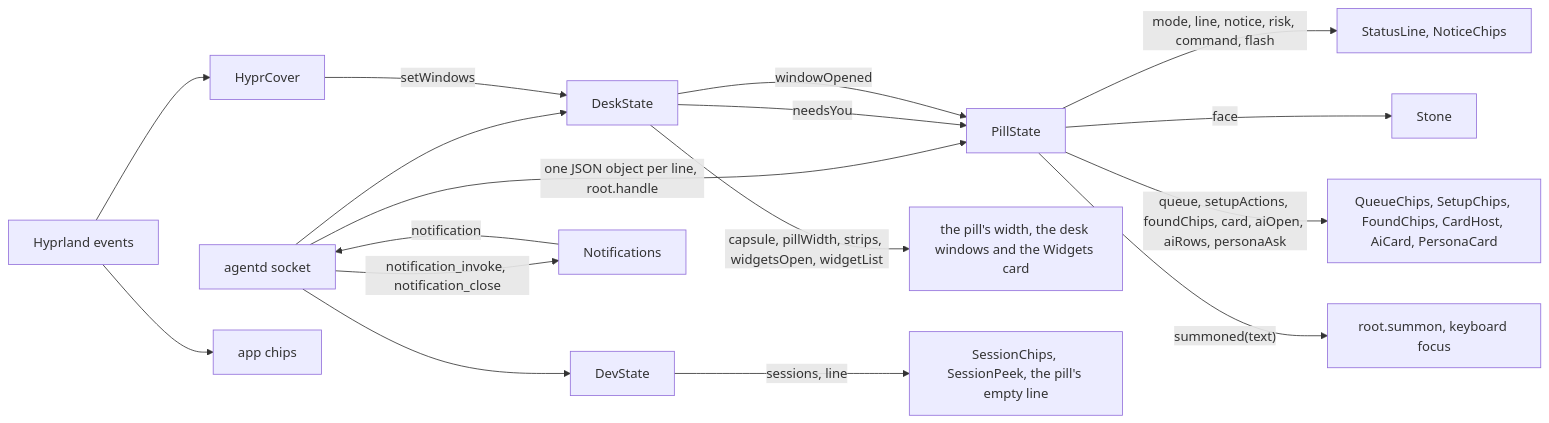
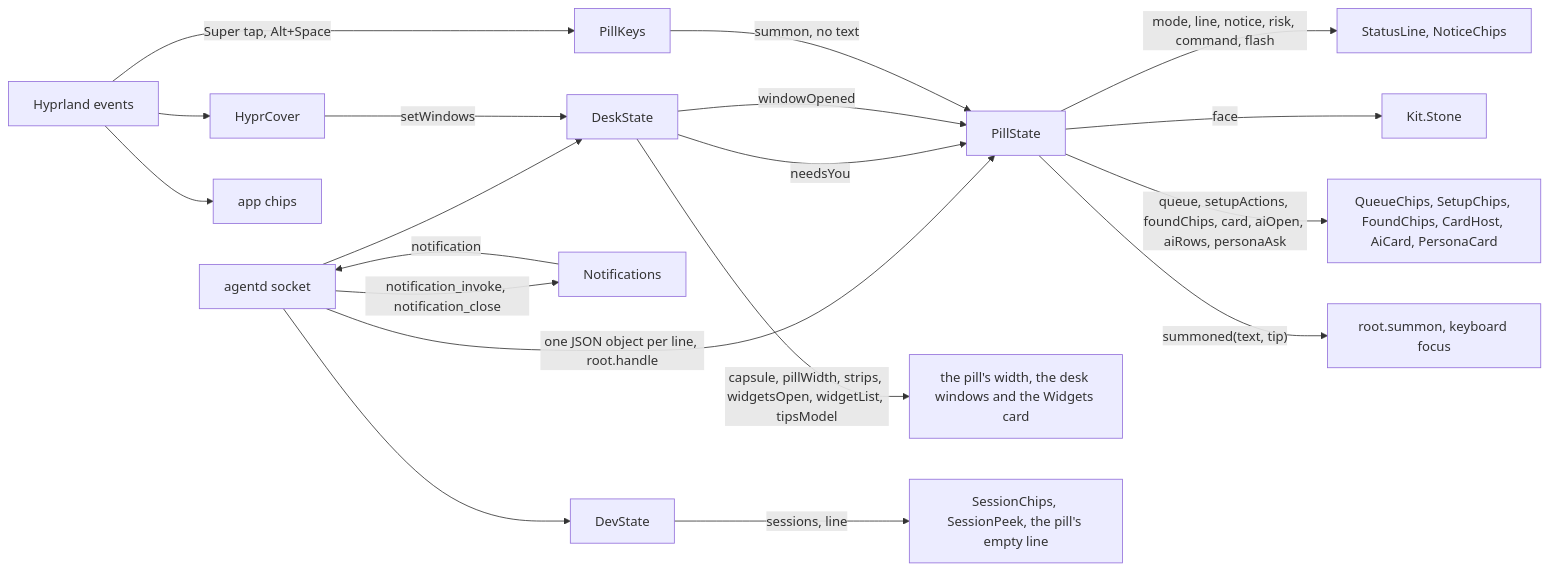
The first of 3 diagrams in docs/architecture/shell.md (thedefaultman/Bombadil), drawn with Mermaid before and after one commit. The commit also changed other lines of this file and 22 other files, not shown here.

First line of the commit message:
docs: architecture, UX and brand pages brought up to date for the installed OS, the Tips app and card, and idle cost

````diff
--- a/docs/architecture/shell.md
+++ b/docs/architecture/shell.md
@@ -12,19 +12,21 @@
 ```mermaid
 flowchart LR
     agentd["agentd socket"] -->|"one JSON object per line, root.handle"| pill["PillState"]
     agentd --> desk["DeskState"]
     agentd --> dev["DevState"]
     agentd -->|"notification_invoke, notification_close"| notif["Notifications"]
     notif -->|"notification"| agentd
     pill -->|"mode, line, notice, risk, command, flash"| line["StatusLine, NoticeChips"]
-    pill -->|"face"| stone["Stone"]
+    pill -->|"face"| stone["Kit.Stone"]
     pill -->|"queue, setupActions, foundChips, card, aiOpen, aiRows, personaAsk"| chips["QueueChips, SetupChips, FoundChips, CardHost, AiCard, PersonaCard"]
-    pill -->|"summoned(text)"| focus["root.summon, keyboard focus"]
+    pill -->|"summoned(text, tip)"| focus["root.summon, keyboard focus"]
     desk -->|"needsYou"| pill
     desk -->|"windowOpened"| pill
-    desk -->|"capsule, pillWidth, strips, widgetsOpen, widgetList"| bar["the pill's width, the desk windows and the Widgets card"]
+    desk -->|"capsule, pillWidth, strips, widgetsOpen, widgetList, tipsModel"| bar["the pill's width, the desk windows and the Widgets card"]
     dev -->|"sessions, line"| dots["SessionChips, SessionPeek, the pill's empty line"]
     hypr["Hyprland events"] --> cover["HyprCover"]
     cover -->|"setWindows"| desk
     hypr --> appchips["app chips"]
+    hypr -->|"Super tap, Alt+Space"| keys["PillKeys"]
+    keys -->|"summon, no text"| pill
 ```
````
